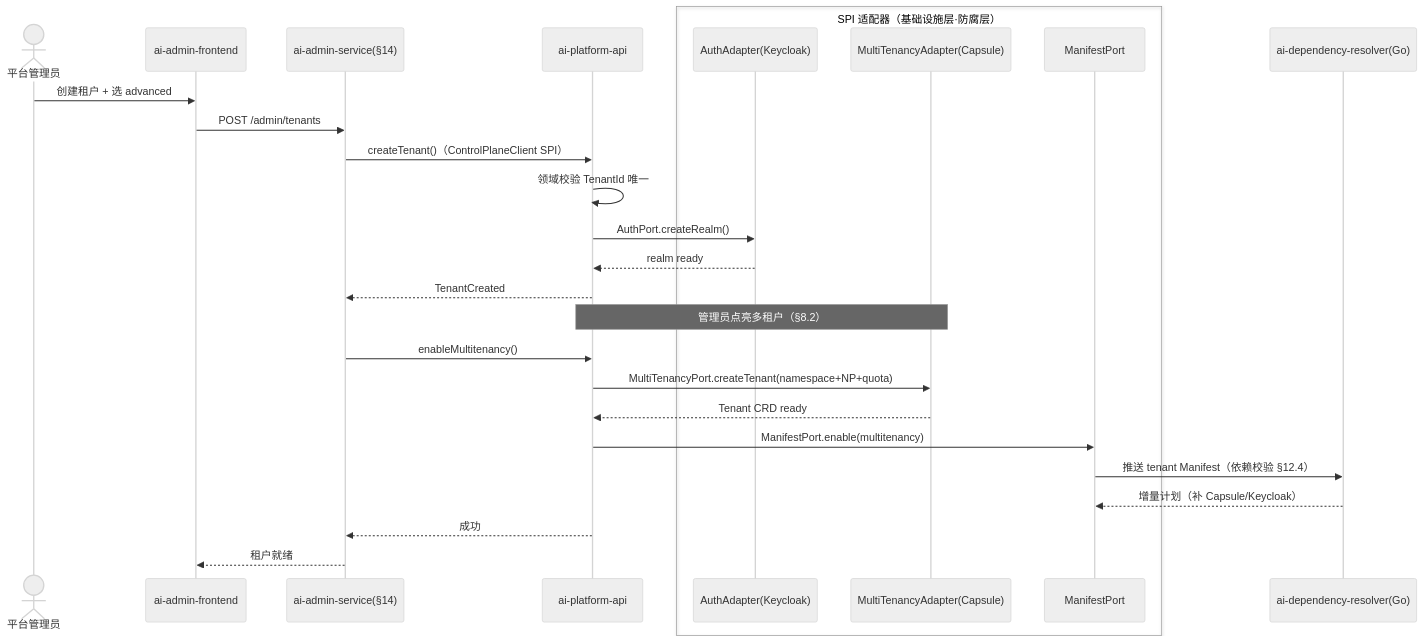
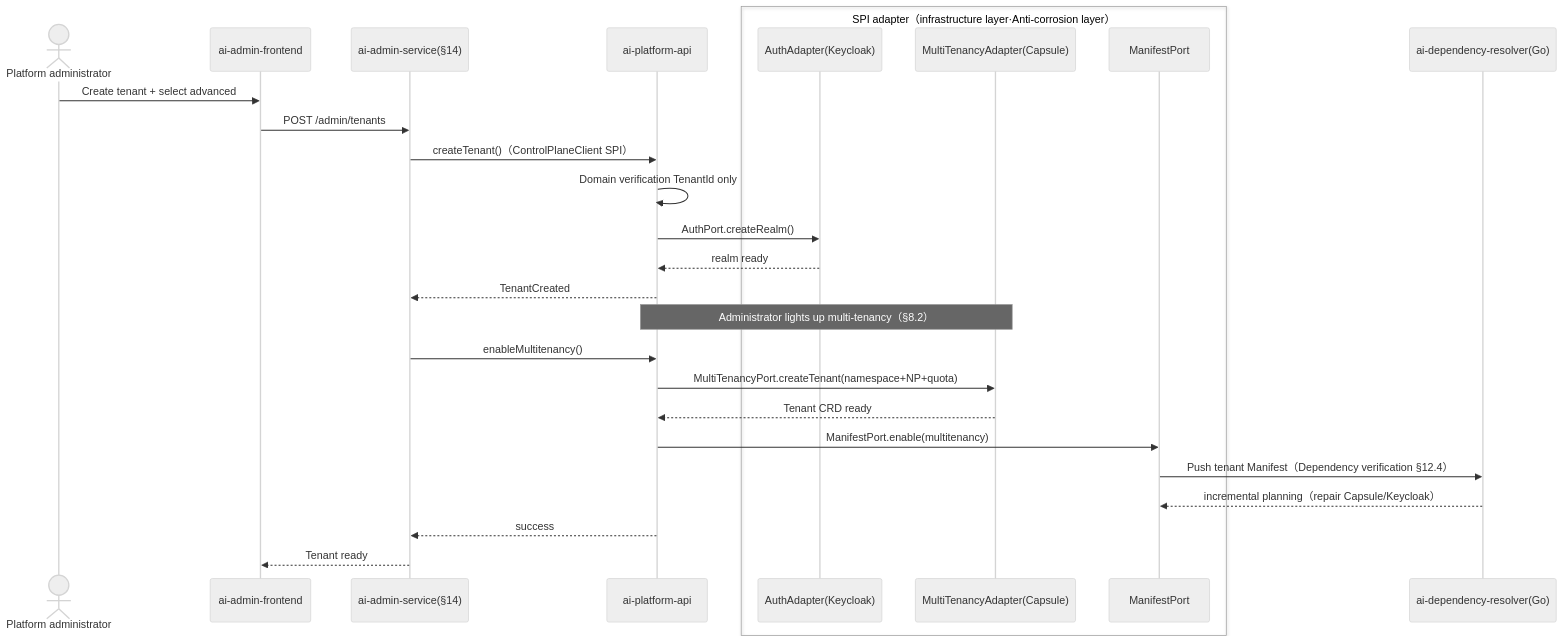
One commit to open-strata-ai/ai-platform-api changed the fourth of 5 diagrams in design/DESIGN.md. Above: the diagram before and after it, drawn with Mermaid (neutral theme). The commit also changed other lines of this file and 9 other files, not shown here.

````diff
--- a/design/DESIGN.md
+++ b/design/DESIGN.md
@@ -342,30 +342,30 @@
 ```mermaid
 sequenceDiagram
-    actor Admin as 平台管理员
+    actor Admin as Platform administrator
     participant AF as ai-admin-frontend
     participant ADM as ai-admin-service(§14)
     participant API as ai-platform-api
-    box SPI 适配器（基础设施层·防腐层）
+    box SPI adapter（infrastructure layer·Anti-corrosion layer）
     participant Auth as AuthAdapter(Keycloak)
     participant MT as MultiTenancyAdapter(Capsule)
     participant Mani as ManifestPort
     end
     participant DR as ai-dependency-resolver(Go)
 
-    Admin->>AF: 创建租户 + 选 advanced
+    Admin->>AF: Create tenant + select advanced
     AF->>ADM: POST /admin/tenants
     ADM->>API: createTenant()（ControlPlaneClient SPI）
-    API->>API: 领域校验 TenantId 唯一
+    API->>API: Domain verification TenantId only
     API->>Auth: AuthPort.createRealm()
     Auth-->>API: realm ready
     API-->>ADM: TenantCreated
-    Note over API,MT: 管理员点亮多租户（§8.2）
+    Note over API,MT: Administrator lights up multi-tenancy（§8.2）
     ADM->>API: enableMultitenancy()
     API->>MT: MultiTenancyPort.createTenant(namespace+NP+quota)
     MT-->>API: Tenant CRD ready
     API->>Mani: ManifestPort.enable(multitenancy)
-    Mani->>DR: 推送 tenant Manifest（依赖校验 §12.4）
-    DR-->>Mani: 增量计划（补 Capsule/Keycloak）
-    API-->>ADM: 成功
-    ADM-->>AF: 租户就绪
+    Mani->>DR: Push tenant Manifest（Dependency verification §12.4）
+    DR-->>Mani: incremental planning（repair Capsule/Keycloak）
+    API-->>ADM: success
+    ADM-->>AF: Tenant ready
 ```
````
